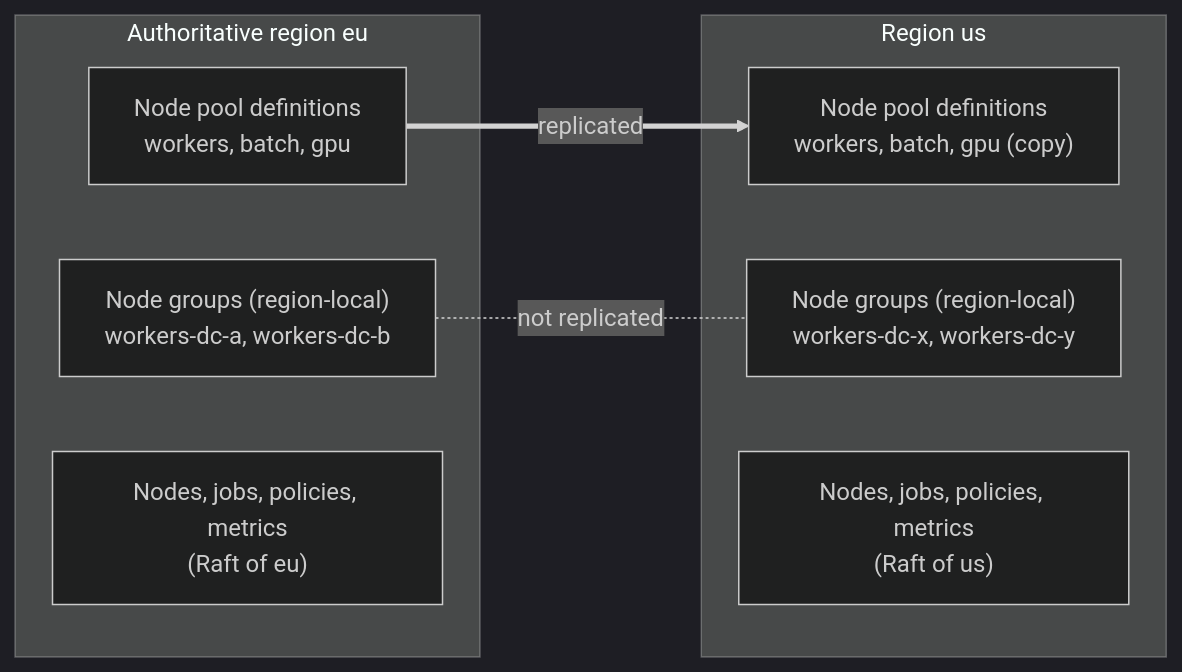
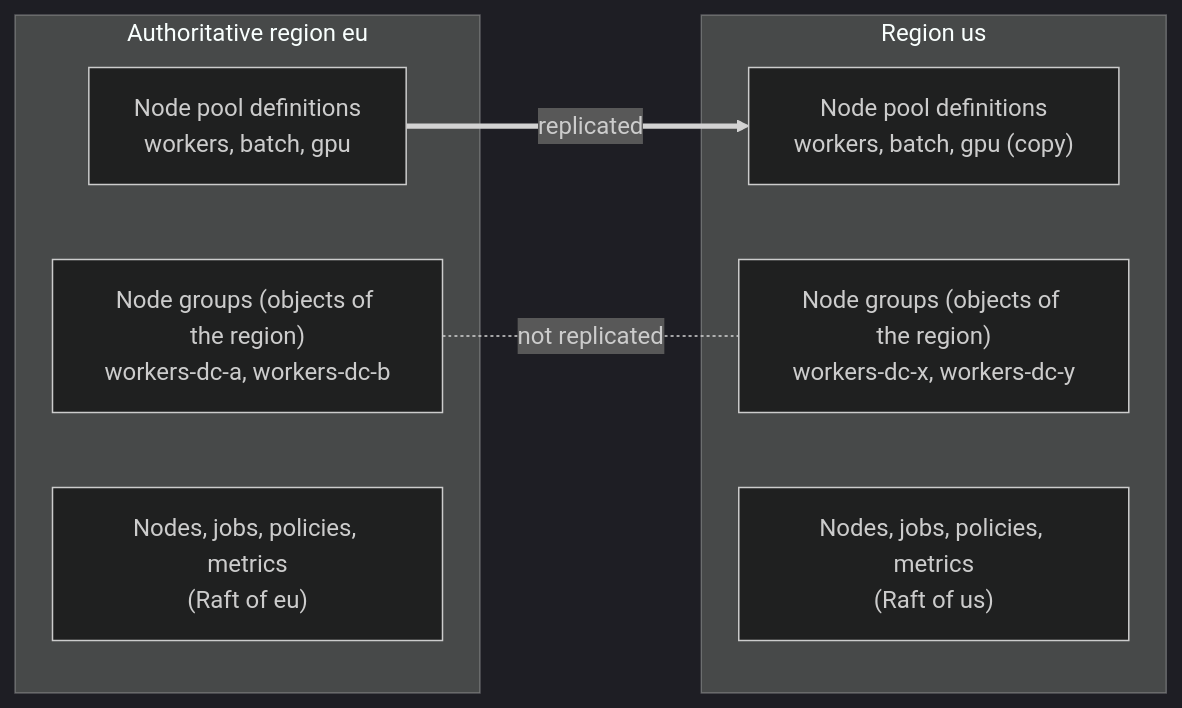
The fourth of 11 diagrams in content/docs/design/cluster-scaling-plan.md (bacanoo-io/norca-doc), drawn with Mermaid (dark theme) before and after one commit. The commit also changed other lines of this file and 2 other files, not shown here.

````diff
--- a/content/docs/design/cluster-scaling-plan.md
+++ b/content/docs/design/cluster-scaling-plan.md
@@ -133,15 +143,15 @@
 ```mermaid
 flowchart LR
   subgraph EU["Authoritative region eu"]
     PD1["Node pool definitions<br/>workers, batch, gpu"]
-    NG1["Node groups (region-local)<br/>workers-dc-a, workers-dc-b"]
+    NG1["Node groups (objects of the region)<br/>workers-dc-a, workers-dc-b"]
     ST1["Nodes, jobs, policies, metrics<br/>(Raft of eu)"]
   end
   subgraph US["Region us"]
     PD2["Node pool definitions<br/>workers, batch, gpu (copy)"]
-    NG2["Node groups (region-local)<br/>workers-dc-x, workers-dc-y"]
+    NG2["Node groups (objects of the region)<br/>workers-dc-x, workers-dc-y"]
     ST2["Nodes, jobs, policies, metrics<br/>(Raft of us)"]
   end
   PD1 == "replicated" ==> PD2
   NG1 -. "not replicated" .- NG2
 ```
````
